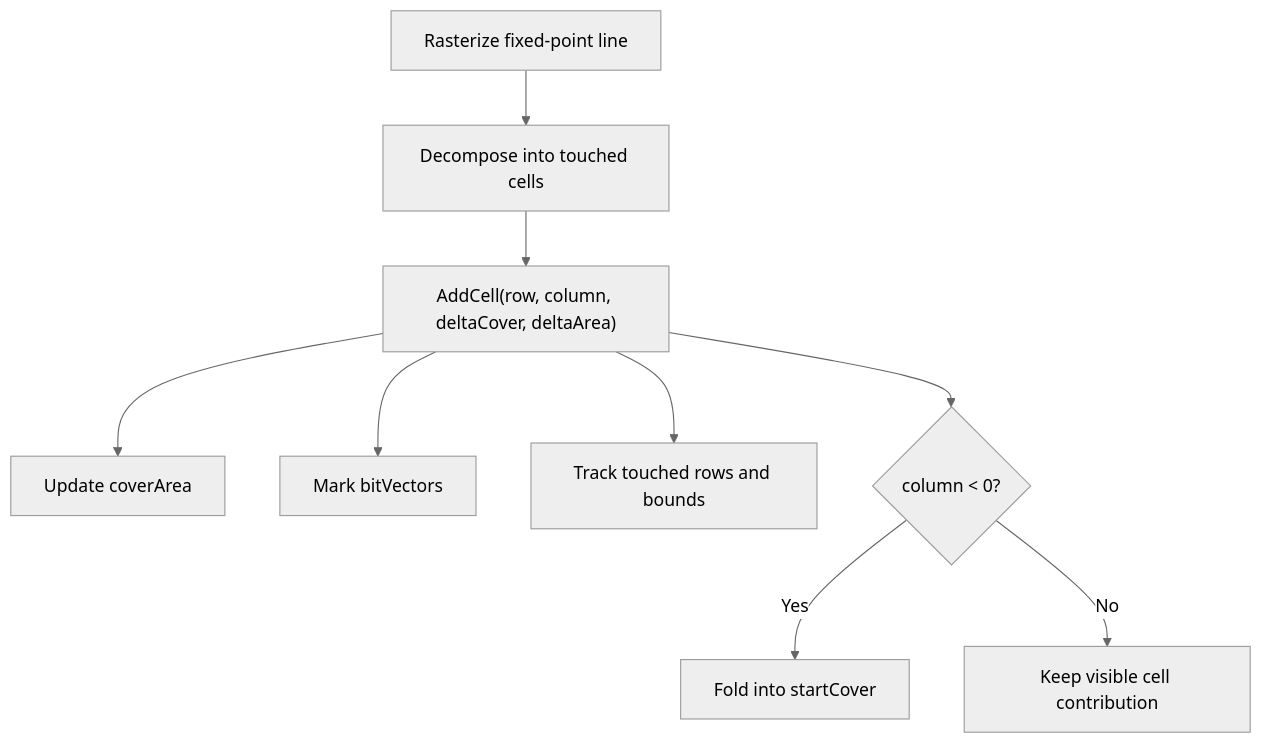
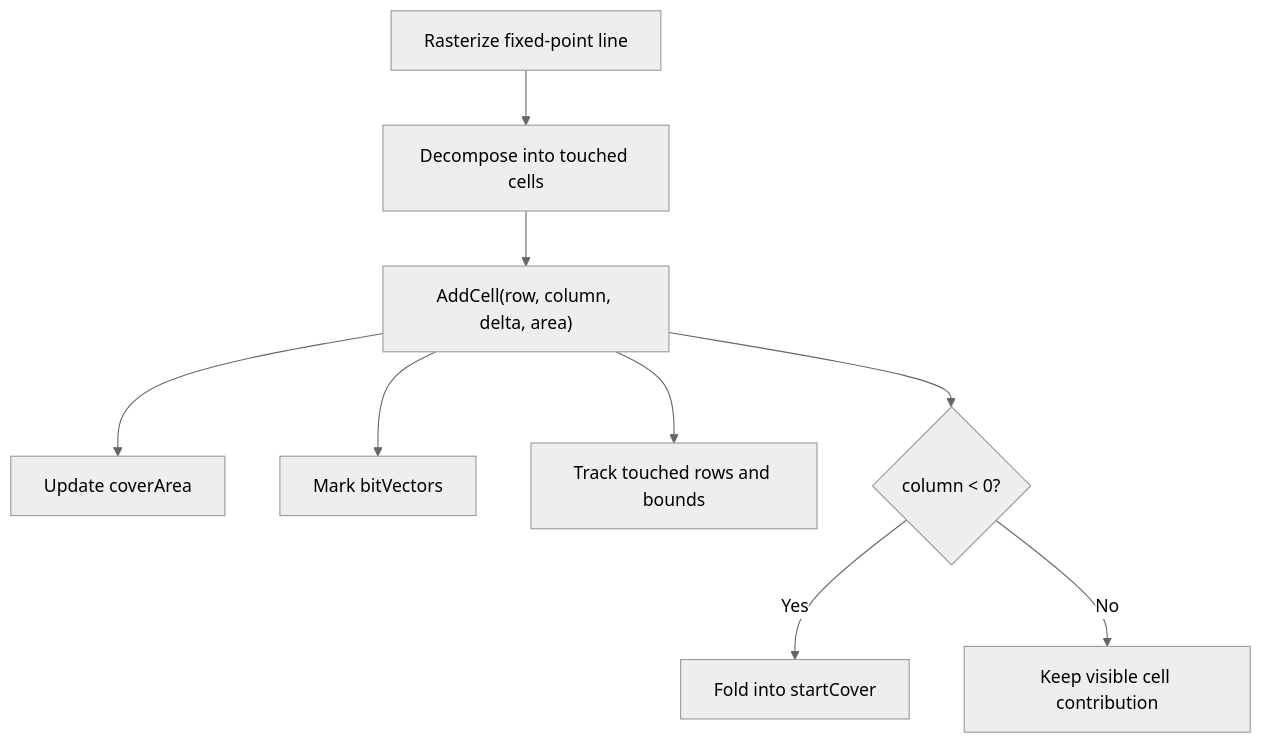
Before and after one commit to SixLabors/ImageSharp.Drawing: the fifth of 6 diagrams in src/ImageSharp.Drawing/Processing/Backends/DEFAULT_RASTERIZER.md, drawn with Mermaid (neutral theme). The commit also changed other lines of this file and 102 other files, not shown here.

````diff
--- a/src/ImageSharp.Drawing/Processing/Backends/DEFAULT_RASTERIZER.md
+++ b/src/ImageSharp.Drawing/Processing/Backends/DEFAULT_RASTERIZER.md
@@ -333,11 +347,11 @@
 ```mermaid
 flowchart TD
     A[Rasterize fixed-point line] --> B[Decompose into touched cells]
-    B --> C["AddCell(row, column, deltaCover, deltaArea)"]
+    B --> C["AddCell(row, column, delta, area)"]
     C --> D[Update coverArea]
     C --> E[Mark bitVectors]
     C --> F[Track touched rows and bounds]
     C --> G{column < 0?}
     G -- Yes --> H[Fold into startCover]
     G -- No --> I[Keep visible cell contribution]
 ```
````
